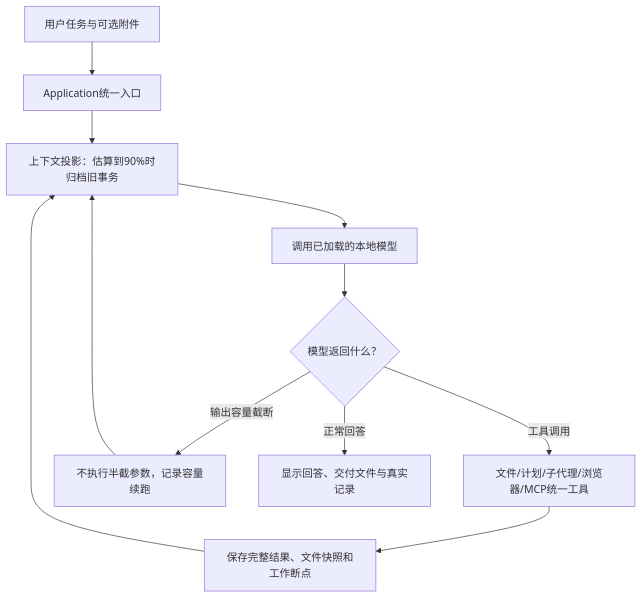
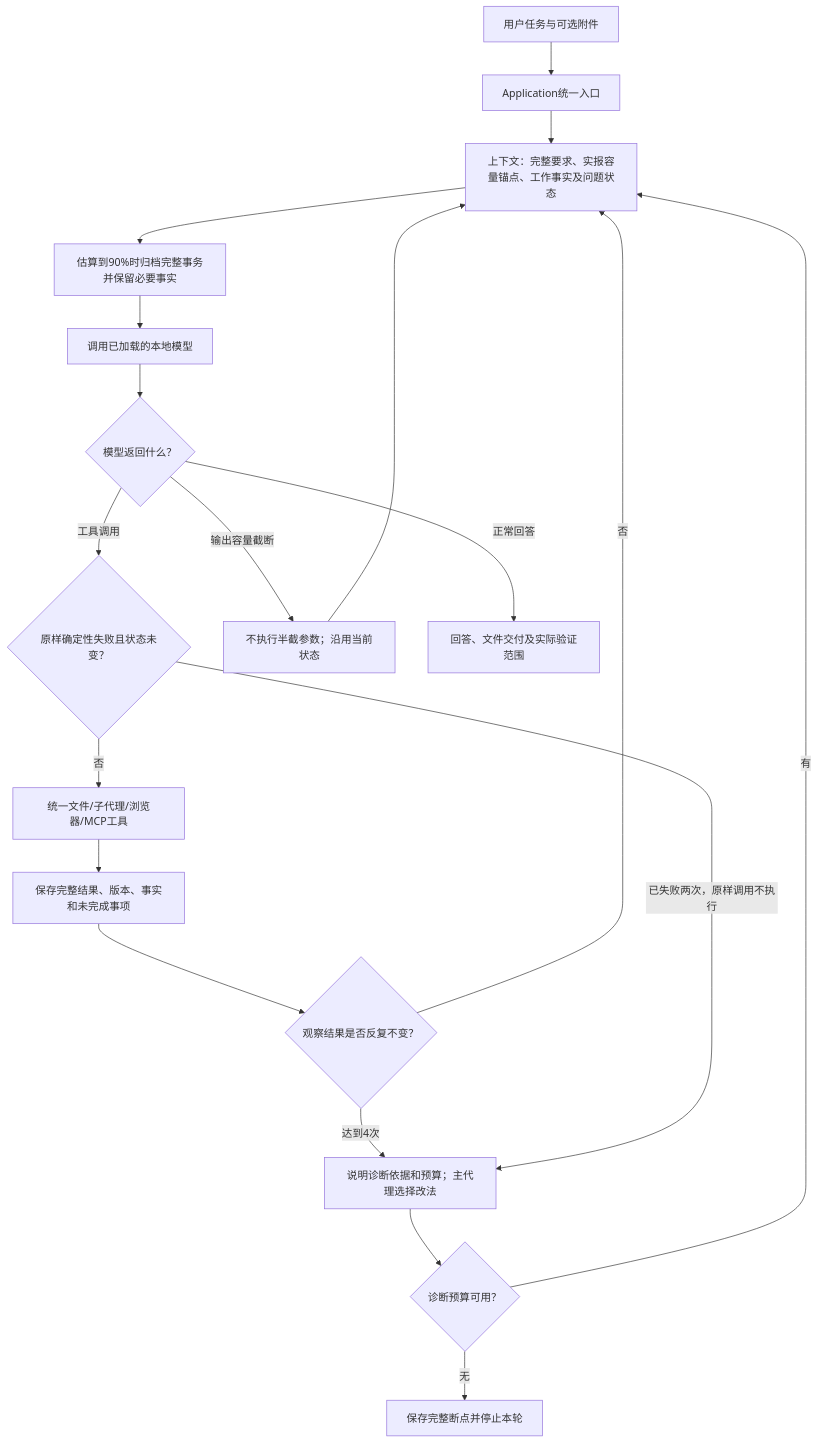
One commit to siesta3096/clearact-lite changed the diagram in development/docs/ARCHITECTURE.md. Above: the diagram before and after it, drawn with Mermaid. The commit also changed other lines of this file and 55 other files, not shown here.

````diff
--- a/development/docs/ARCHITECTURE.md
+++ b/development/docs/ARCHITECTURE.md
@@ -24,13 +26,21 @@
 ```mermaid
 flowchart TD
     U[用户任务与可选附件] --> A[Application统一入口]
-    A --> C[上下文投影：估算到90%时归档旧事务]
-    C --> M[调用已加载的本地模型]
+    A --> C[上下文：完整要求、实报容量锚点、工作事实及问题状态]
+    C --> B[估算到90%时归档完整事务并保留必要事实]
+    B --> M[调用已加载的本地模型]
     M --> D{模型返回什么？}
-    D -->|工具调用| T[文件/计划/子代理/浏览器/MCP统一工具]
-    T --> H[保存完整结果、文件快照和工作断点]
-    H --> C
-    D -->|输出容量截断| R[不执行半截参数，记录容量续跑]
-    R --> C
-    D -->|正常回答| F[显示回答、交付文件与真实记录]
+    D -->|工具调用| G{原样确定性失败且状态未变？}
+    G -->|否| T[统一文件/子代理/浏览器/MCP工具]
+    T --> H[保存完整结果、版本、事实和未完成事项]
+    H --> Q{观察结果是否反复不变？}
+    Q -->|否| C
+    Q -->|达到4次| R
+    G -->|已失败两次，原样调用不执行| R[说明诊断依据和预算；主代理选择改法]
+    R --> L{诊断预算可用？}
+    L -->|有| C
+    L -->|无| P[保存完整断点并停止本轮]
+    D -->|输出容量截断| O[不执行半截参数；沿用当前状态]
+    O --> C
+    D -->|正常回答| F[回答、文件交付及实际验证范围]
 ```
````
